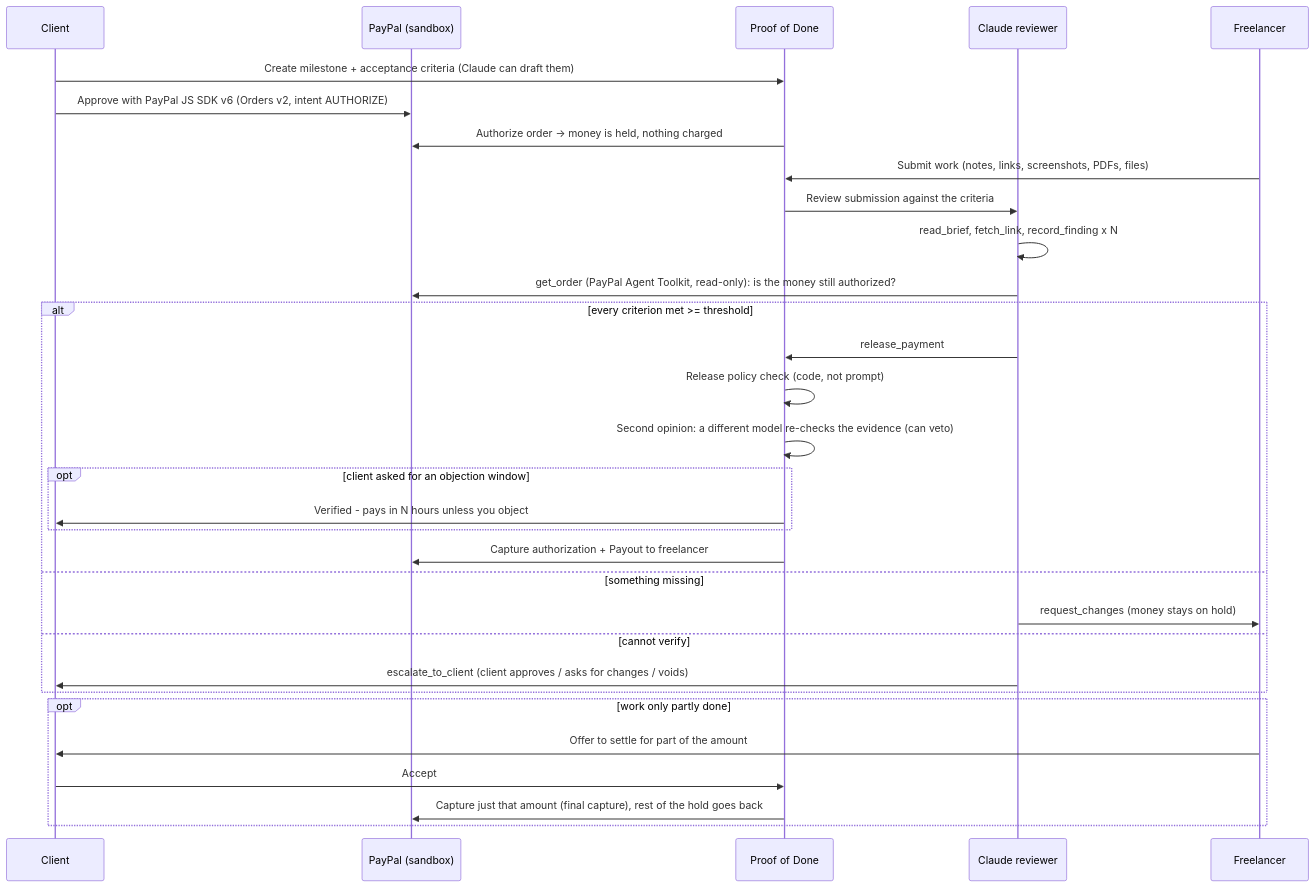
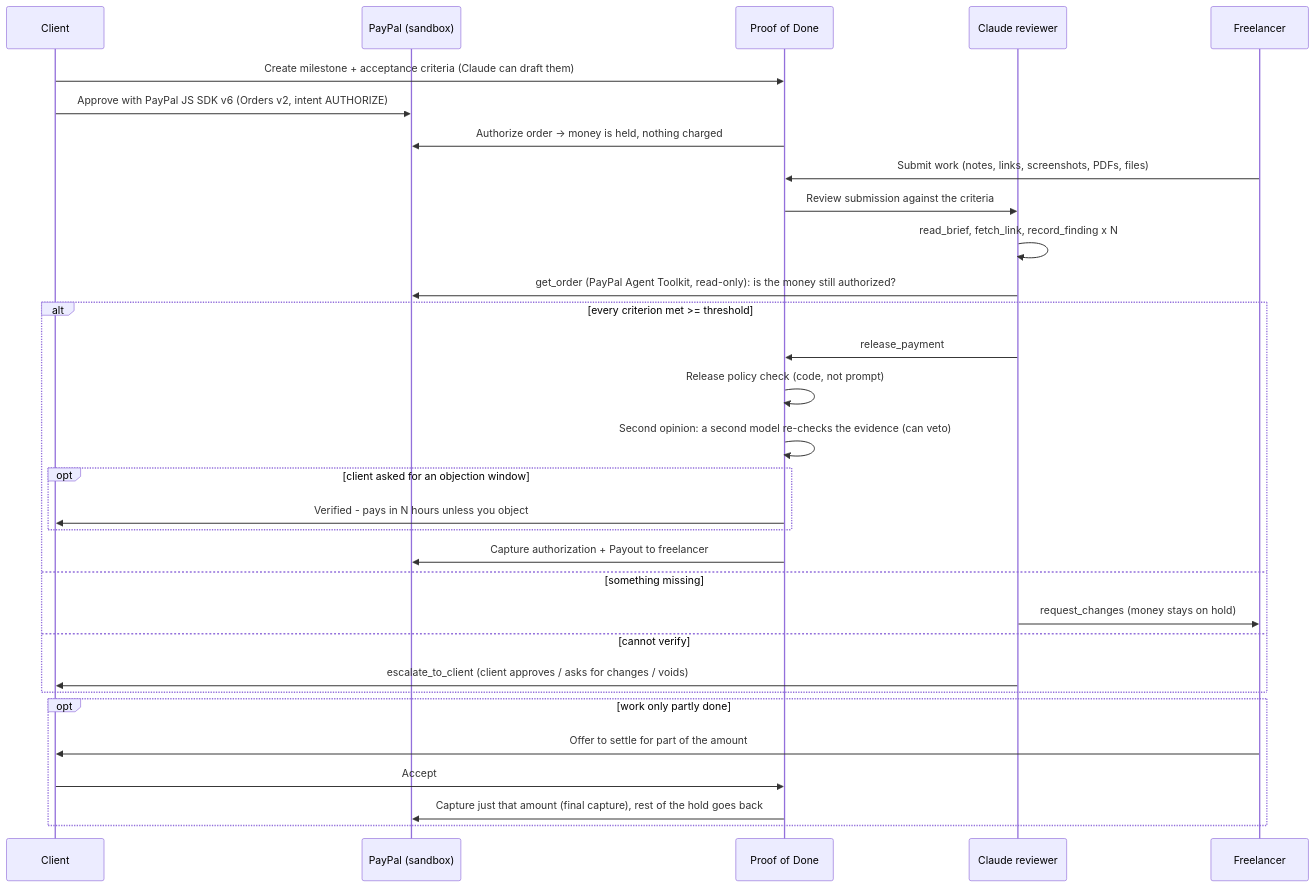
One commit to Zheny766/proof-of-done changed the first of 2 diagrams in README.md. Above: the diagram before and after it, drawn with Mermaid. The commit also changed other lines of this file and 36 other files, not shown here.

````diff
--- a/README.md
+++ b/README.md
@@ -83,33 +83,33 @@
 ```mermaid
 sequenceDiagram
     participant C as Client
     participant P as PayPal (sandbox)
     participant A as Proof of Done
     participant R as Claude reviewer
     participant F as Freelancer
     C->>A: Create milestone + acceptance criteria (Claude can draft them)
     C->>P: Approve with PayPal JS SDK v6 (Orders v2, intent AUTHORIZE)
     A->>P: Authorize order -> money is held, nothing charged
     F->>A: Submit work (notes, links, screenshots, PDFs, files)
     A->>R: Review submission against the criteria
     R->>R: read_brief, fetch_link, record_finding x N
     R->>P: get_order (PayPal Agent Toolkit, read-only): is the money still authorized?
     alt every criterion met >= threshold
         R->>A: release_payment
         A->>A: Release policy check (code, not prompt)
-        A->>A: Second opinion: a different model re-checks the evidence (can veto)
+        A->>A: Second opinion: a second model re-checks the evidence (can veto)
         opt client asked for an objection window
             A->>C: Verified - pays in N hours unless you object
         end
         A->>P: Capture authorization + Payout to freelancer
     else something missing
         R->>F: request_changes (money stays on hold)
     else cannot verify
         R->>C: escalate_to_client (client approves / asks for changes / voids)
     end
     opt work only partly done
         F->>C: Offer to settle for part of the amount
         C->>A: Accept
         A->>P: Capture just that amount (final capture), rest of the hold goes back
     end
 ```
````
